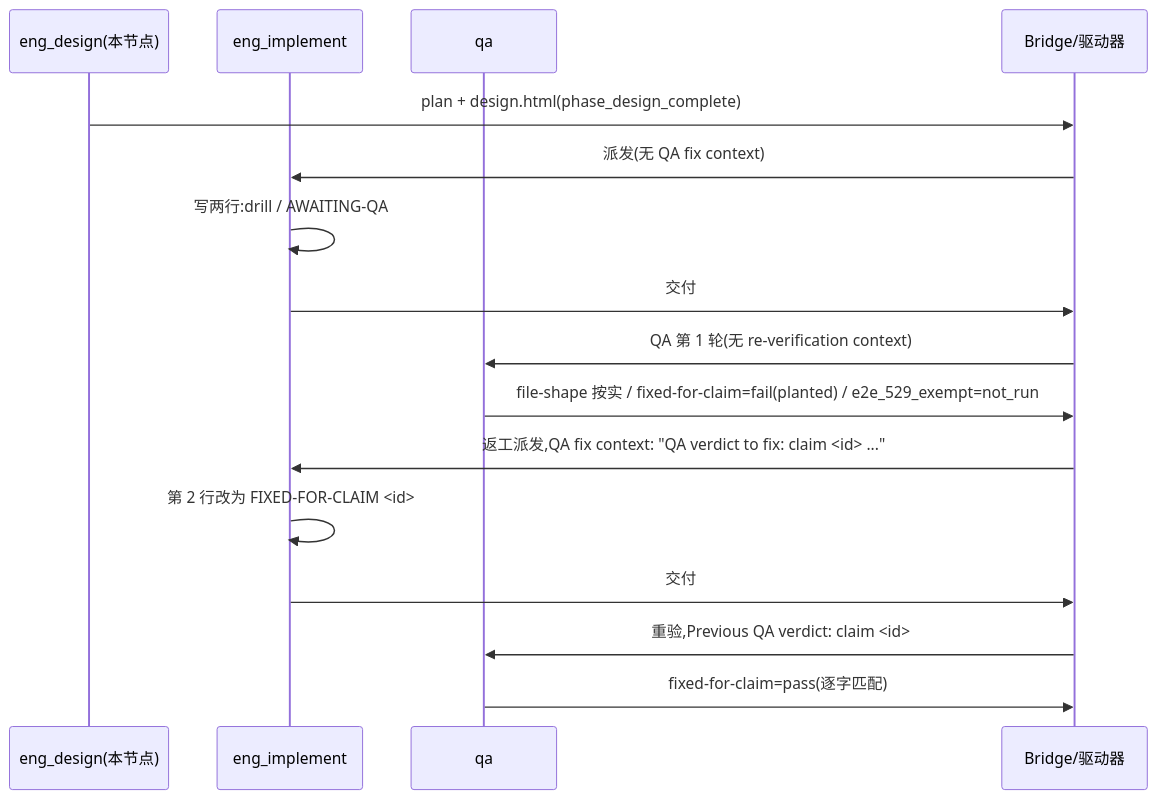
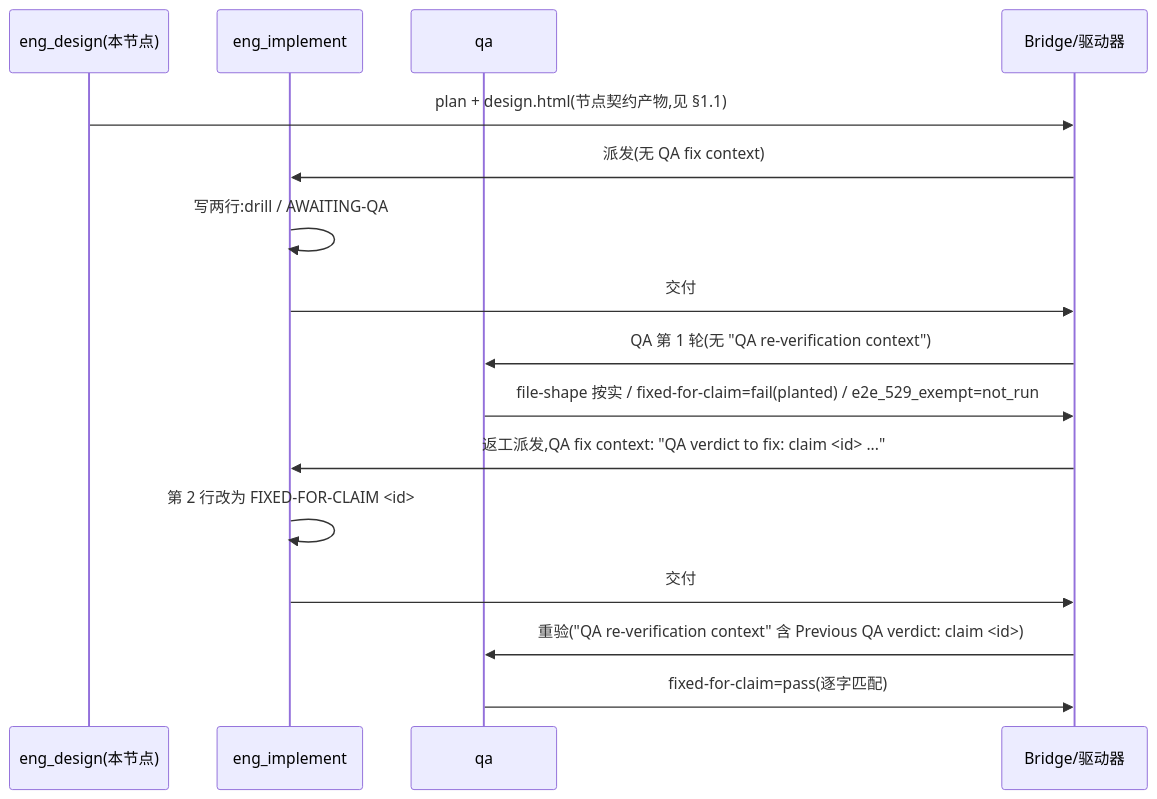
The diagram in engineering/doc/FLY-3150-real-runner-drill/plan.md (xrliAnnie/flywheel-qa-sandbox), drawn with Mermaid before and after one commit. The commit also changed other lines of this file, not shown here.

Commit message:
docs(FLY-3150): plan R1 fixes — contract boundary, byte-exact checks, round split, diff base

````diff
--- a/engineering/doc/FLY-3150-real-runner-drill/plan.md
+++ b/engineering/doc/FLY-3150-real-runner-drill/plan.md
@@ -52,18 +75,18 @@
 ```mermaid
 sequenceDiagram
     participant D as eng_design(本节点)
     participant I as eng_implement
     participant Q as qa
     participant B as Bridge/驱动器
-    D->>B: plan + design.html(phase_design_complete)
+    D->>B: plan + design.html(节点契约产物,见 §1.1)
     B->>I: 派发(无 QA fix context)
     I->>I: 写两行:drill / AWAITING-QA
     I->>B: 交付 #1(CI 在交付头运行)
-    B->>Q: QA 第 1 轮(无 re-verification context)
+    B->>Q: QA 第 1 轮(无 "QA re-verification context")
     Q->>B: file-shape 按实 / fixed-for-claim=fail(planted) / e2e_529_exempt=not_run
     B->>I: 返工派发,QA fix context: "QA verdict to fix: claim <id> ..."
     I->>I: 第 2 行改为 FIXED-FOR-CLAIM <id>
     I->>B: 交付 #2
-    B->>Q: 重验,Previous QA verdict: claim <id>
+    B->>Q: 重验("QA re-verification context" 含 Previous QA verdict: claim <id>)
     Q->>B: fixed-for-claim=pass(逐字匹配)
 ```
````
